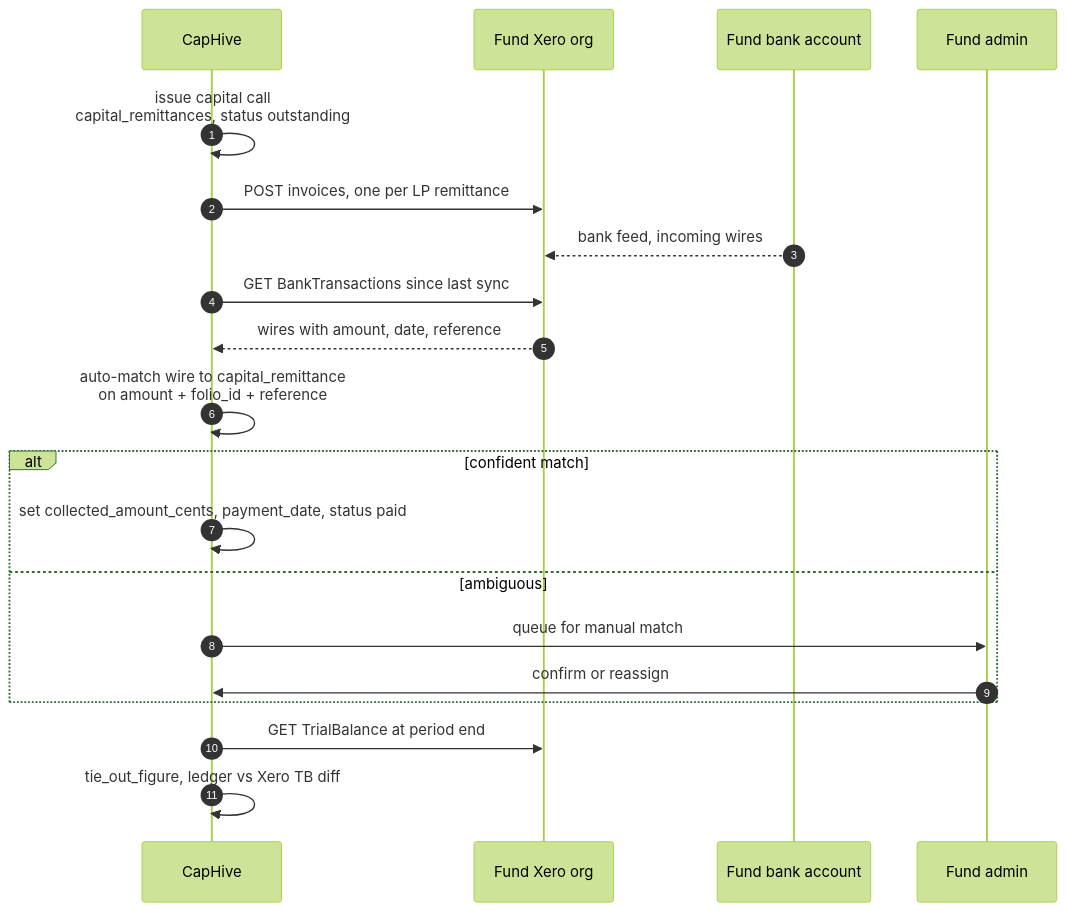
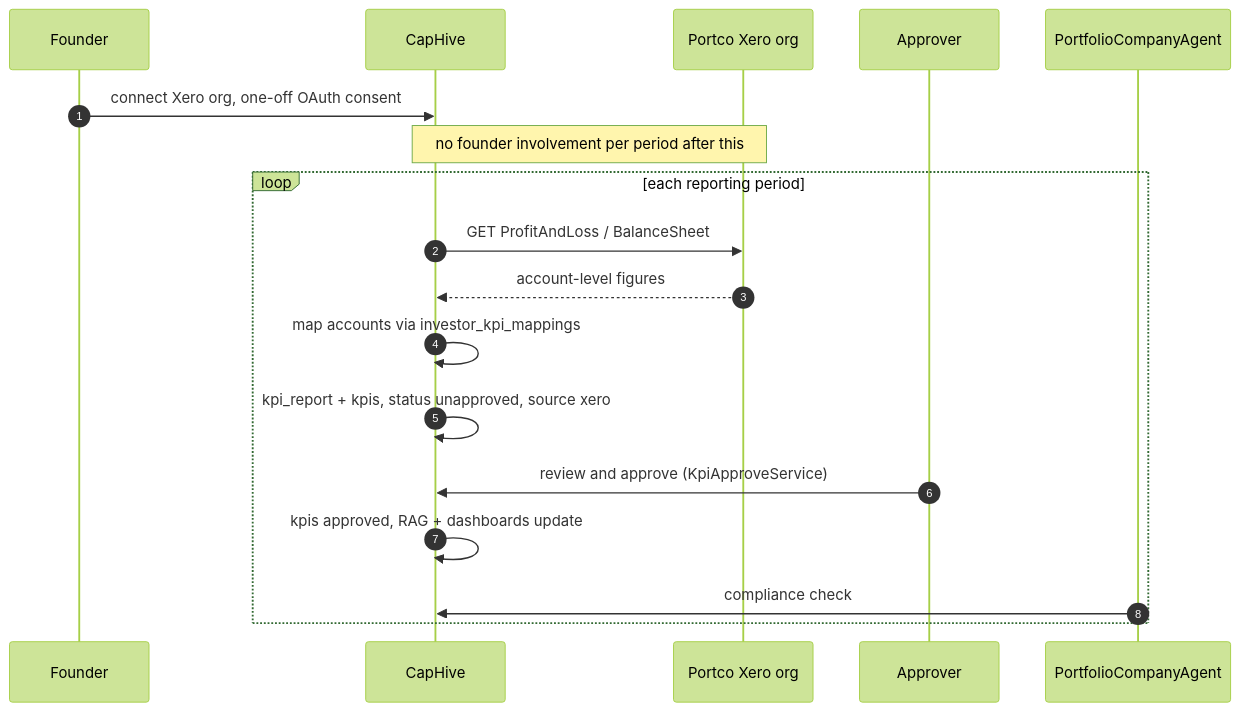
Before and after one commit to sampadadiwan/IRM_CompanyMain: the third of 4 diagrams in docs/modules/integrations/xero_integration_use_cases.md, drawn with Mermaid (forest theme). The commit also changed other lines of this file and 11 other files, not shown here.

First line of the commit message:
Add Xero Pull Sync QA Checklist and Specifications

````diff
--- a/docs/modules/integrations/xero_integration_use_cases.md
+++ b/docs/modules/integrations/xero_integration_use_cases.md
@@ -122,23 +138,22 @@
 ```mermaid
 sequenceDiagram
     autonumber
+    participant F as Founder
     participant CH as CapHive
-    participant X as Fund Xero org
-    participant B as Fund bank account
-    participant OPS as Fund admin
+    participant X as Portco Xero org
+    participant AP as Approver
+    participant AG as PortfolioCompanyAgent
 
-    CH->>CH: issue capital call<br/>capital_remittances, status outstanding
-    CH->>X: POST invoices, one per LP remittance
-    B-->>X: bank feed, incoming wires
-    CH->>X: GET BankTransactions since last sync
-    X-->>CH: wires with amount, date, reference
-    CH->>CH: auto-match wire to capital_remittance<br/>on amount + folio_id + reference
-    alt confident match
-        CH->>CH: set collected_amount_cents, payment_date, status paid
-    else ambiguous
-        CH->>OPS: queue for manual match
-        OPS->>CH: confirm or reassign
+    F->>CH: connect Xero org, one-off OAuth consent
+    Note over CH,X: no founder involvement per period after this
+
+    loop each reporting period
+        CH->>X: GET ProfitAndLoss / BalanceSheet
+        X-->>CH: account-level figures
+        CH->>CH: map accounts via investor_kpi_mappings
+        CH->>CH: kpi_report + kpis, status unapproved, source xero
+        AP->>CH: review and approve (KpiApproveService)
+        CH->>CH: kpis approved, RAG + dashboards update
+        AG->>CH: compliance check
     end
-    CH->>X: GET TrialBalance at period end
-    CH->>CH: tie_out_figure, ledger vs Xero TB diff
 ```
````
